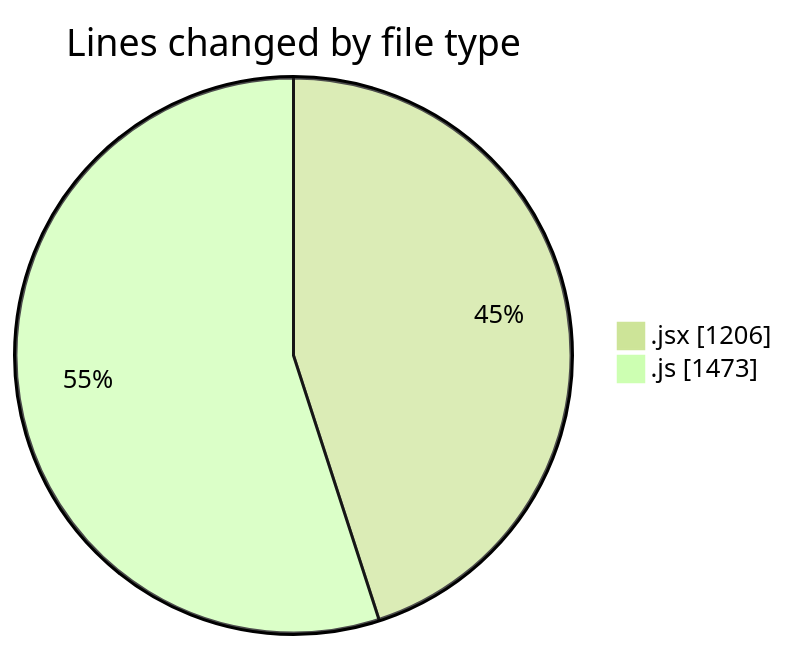
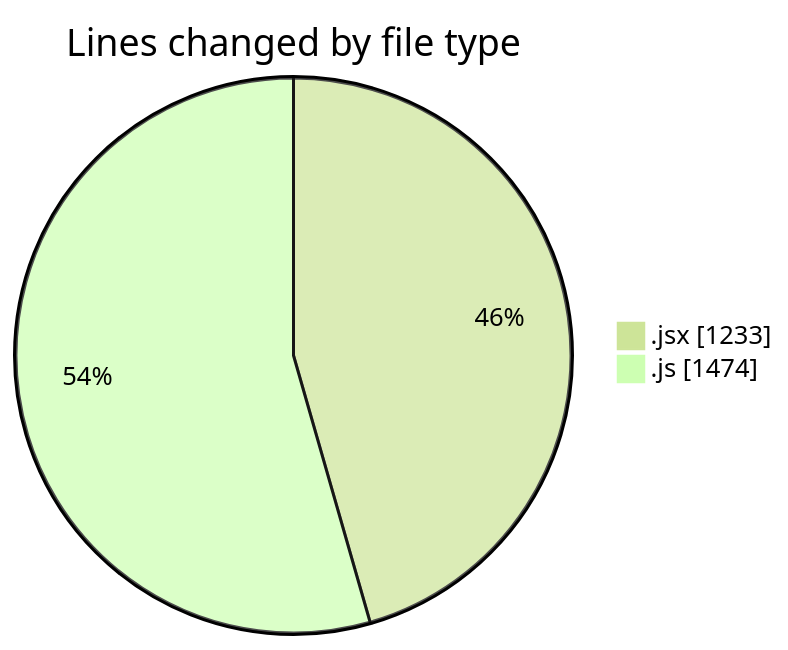
Before and after one commit to nxtqubesakshisongat/code-tracking: the first of 2 diagrams in 2025-07-25/nxtqube_webapp/README.md, drawn with Mermaid (forest theme). The commit also changed other lines of this file and 1 other file, not shown here.

````diff
--- a/2025-07-25/nxtqube_webapp/README.md
+++ b/2025-07-25/nxtqube_webapp/README.md
@@ -29,6 +29,6 @@
 ```mermaid
 pie showData
 title Lines changed by file type
-".jsx" : 1206
-".js" : 1473
+".jsx" : 1233
+".js" : 1474
 ```
````
